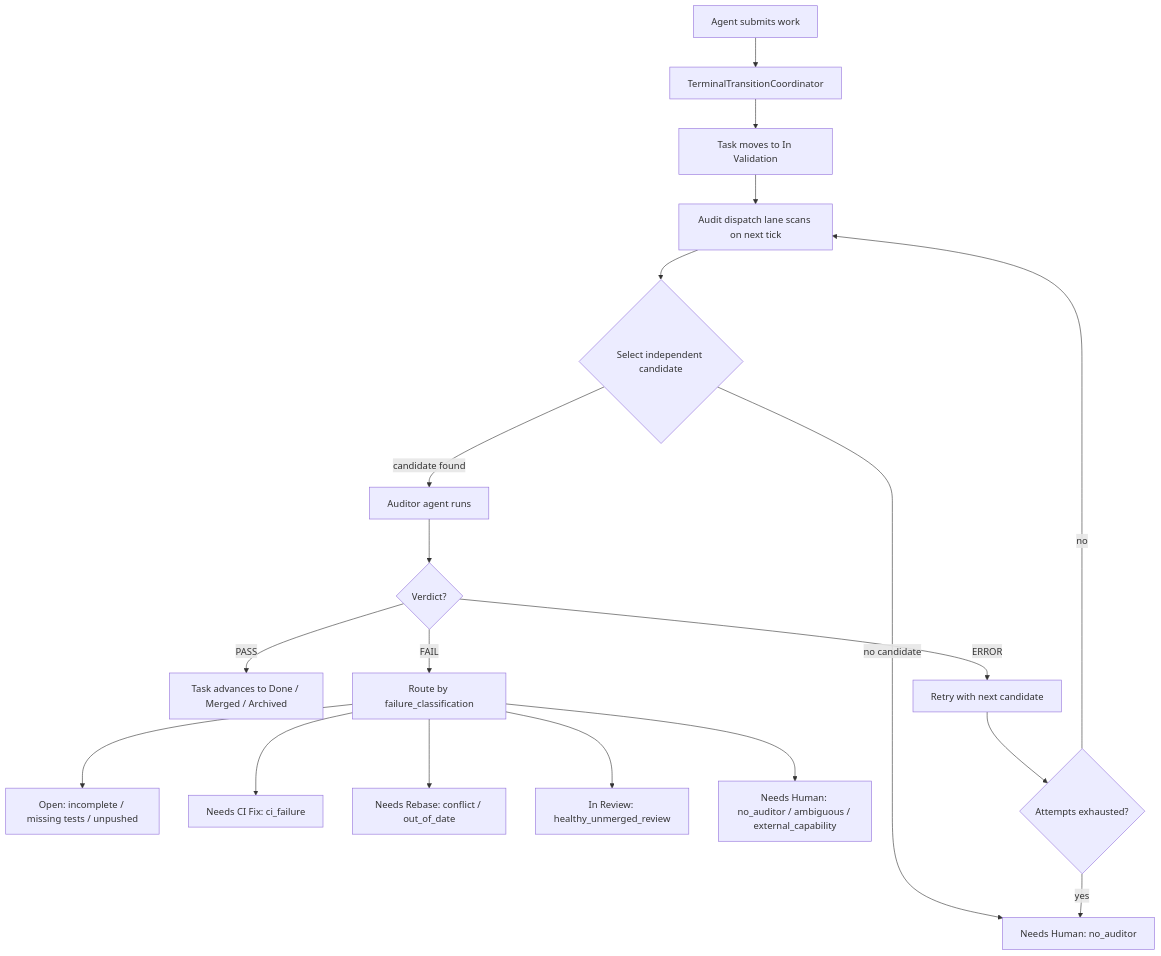
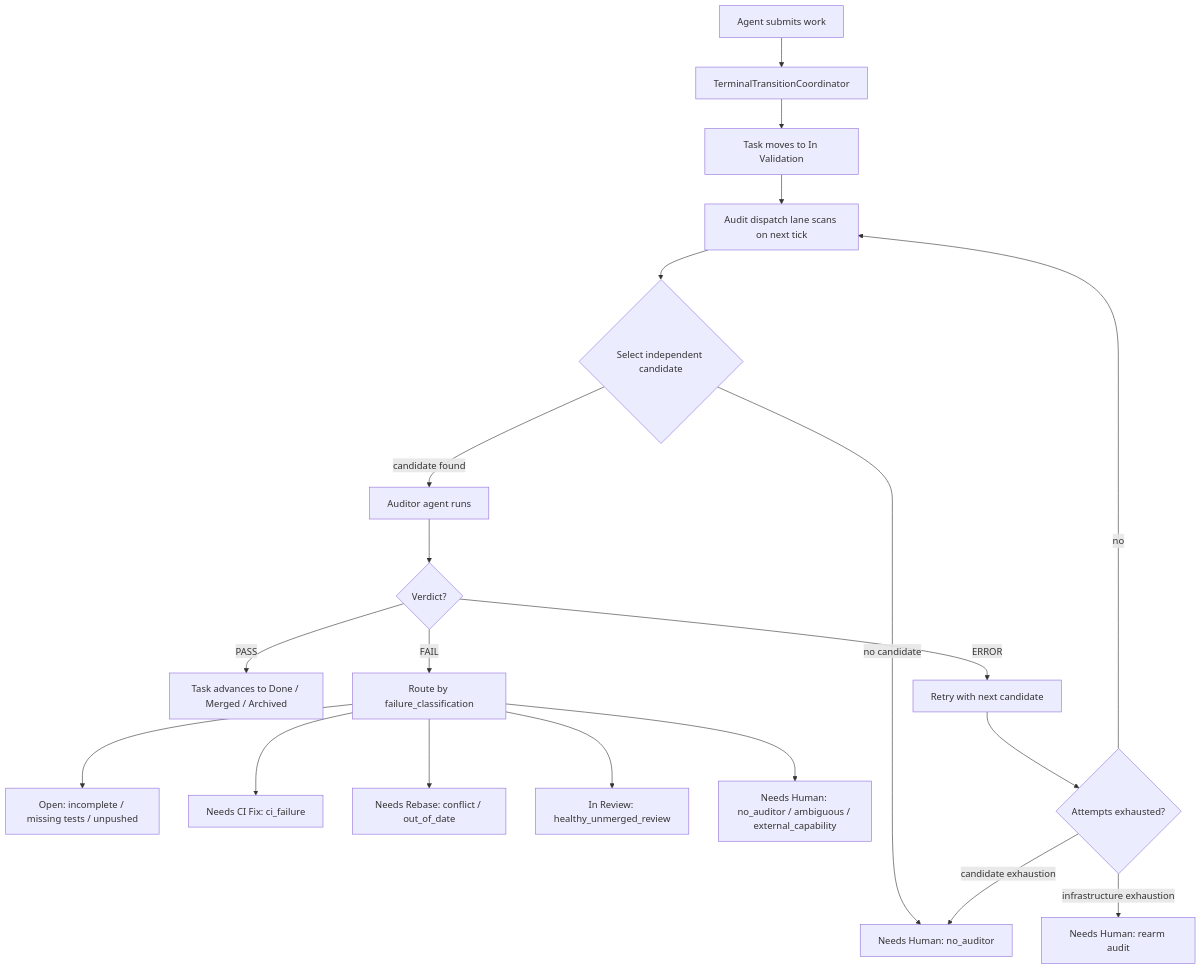
Before and after one commit to lesserevil/oompah: the diagram in docs/auditor-dispatch-operations.md, drawn with Mermaid. The commit also changed other lines of this file and 12 other files, not shown here.

````diff
--- a/docs/auditor-dispatch-operations.md
+++ b/docs/auditor-dispatch-operations.md
@@ -34,24 +34,25 @@
 ```mermaid
 flowchart TD
     Agent[Agent submits work] --> Coord[TerminalTransitionCoordinator]
     Coord --> InVal[Task moves to In Validation]
     InVal --> Lane[Audit dispatch lane scans on next tick]
     Lane --> Sel{Select independent candidate}
     Sel -- candidate found --> AuditRun[Auditor agent runs]
     Sel -- no candidate --> NoAudit[Needs Human: no_auditor]
 
     AuditRun --> Verdict{Verdict?}
     Verdict -- PASS --> Terminal[Task advances to Done / Merged / Archived]
     Verdict -- FAIL --> Route[Route by failure_classification]
     Verdict -- ERROR --> Retry[Retry with next candidate]
 
     Route --> Open[Open: incomplete / missing tests / unpushed]
     Route --> NeedsCIFix[Needs CI Fix: ci_failure]
     Route --> NeedsRebase[Needs Rebase: conflict / out_of_date]
     Route --> InReview[In Review: healthy_unmerged_review]
     Route --> NeedsHuman[Needs Human: no_auditor / ambiguous / external_capability]
 
     Retry --> MaxAttempts{Attempts exhausted?}
     MaxAttempts -- no --> Lane
-    MaxAttempts -- yes --> NoAudit
+    MaxAttempts -- candidate exhaustion --> NoAudit
+    MaxAttempts -- infrastructure exhaustion --> InfraHold[Needs Human: rearm audit]
 ```
````
